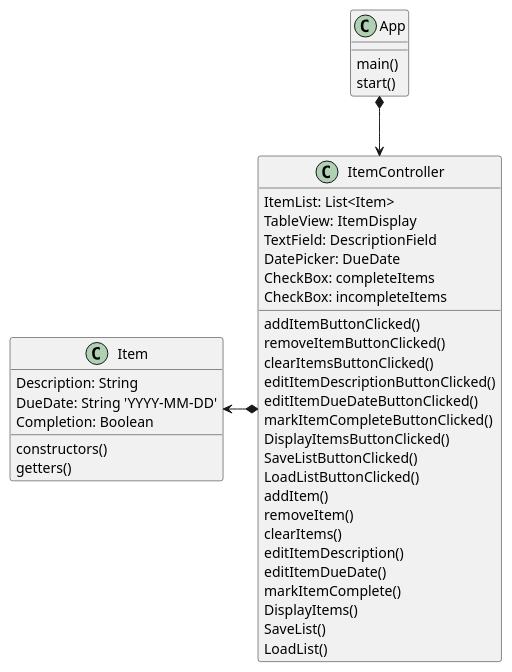
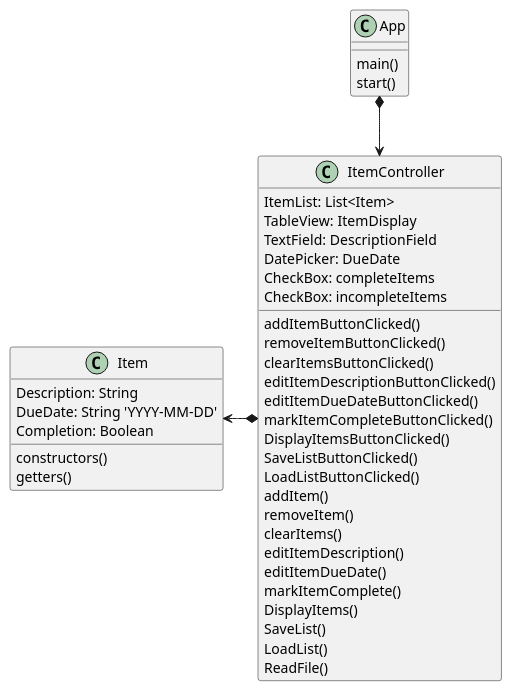
Before and after one commit to xFebreze/Dussuau-cop3330-assignment4part2: the diagram in uml/GUI_uml.puml, drawn with PlantUML. The commit also changed 6 other files, not shown here.

```diff
--- a/uml/GUI_uml.puml
+++ b/uml/GUI_uml.puml
@@ -1,48 +1,49 @@
 @startuml
 'https://plantuml.com/class-diagram
 
 class App{
     main()
     start()
 }
 
 class ItemController{
     ItemList: List<Item>
     TableView: ItemDisplay
     TextField: DescriptionField
     DatePicker: DueDate
     CheckBox: completeItems
     CheckBox: incompleteItems
     addItemButtonClicked()
     removeItemButtonClicked()
     clearItemsButtonClicked()
     editItemDescriptionButtonClicked()
     editItemDueDateButtonClicked()
     markItemCompleteButtonClicked()
     DisplayItemsButtonClicked()
     SaveListButtonClicked()
     LoadListButtonClicked()
     addItem()
     removeItem()
     clearItems()
     editItemDescription()
     editItemDueDate()
     markItemComplete()
     DisplayItems()
     SaveList()
     LoadList()
+    ReadFile()
 }
 
 class Item{
     Description: String
     DueDate: String 'YYYY-MM-DD'
     Completion: Boolean
     constructors()
     getters()
 }
 
 Item <-* ItemController
 App *--> ItemController
 
 
 @enduml
```
